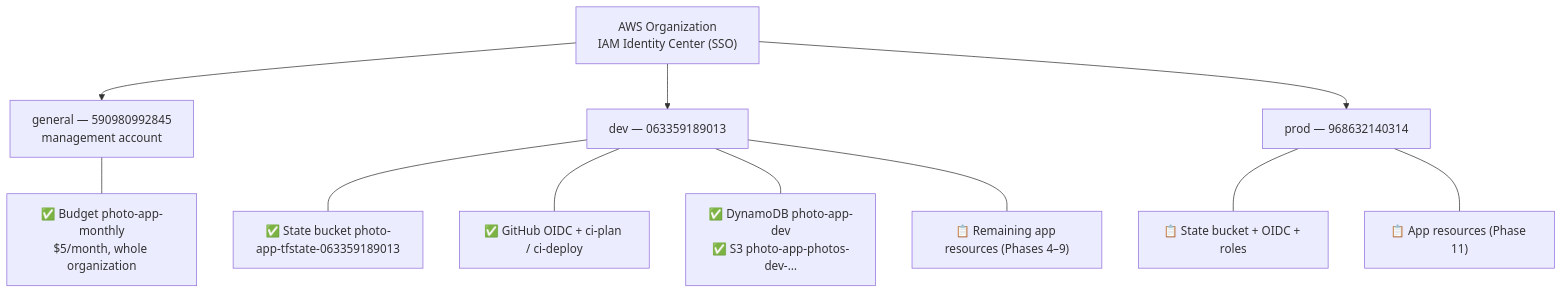
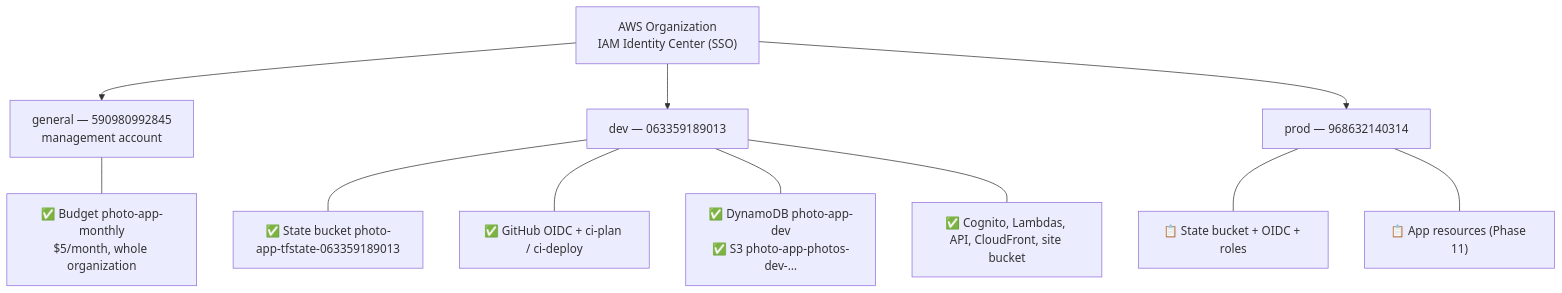
Before and after one commit to EdgarA28/Photo-app: the second of 7 diagrams in ARCHITECTURE.md, drawn with Mermaid. The commit also changed other lines of this file and 4 other files, not shown here.

````diff
--- a/ARCHITECTURE.md
+++ b/ARCHITECTURE.md
@@ -197,15 +197,15 @@
 ```mermaid
 flowchart TB
   ORG["AWS Organization<br/>IAM Identity Center (SSO)"]
   ORG --> MGMT["general — 590980992845<br/>management account"]
   ORG --> DEV["dev — 063359189013"]
   ORG --> PROD["prod — 968632140314"]
 
   MGMT --- B["✅ Budget photo-app-monthly<br/>$5/month, whole organization"]
   DEV --- DS["✅ State bucket photo-app-tfstate-063359189013"]
   DEV --- DO["✅ GitHub OIDC + ci-plan / ci-deploy"]
   DEV --- DD["✅ DynamoDB photo-app-dev<br/>✅ S3 photo-app-photos-dev-…"]
-  DEV --- DA["📋 Remaining app resources (Phases 4–9)"]
+  DEV --- DA["✅ Cognito, Lambdas, API, CloudFront, site bucket"]
   PROD --- PS["📋 State bucket + OIDC + roles"]
   PROD --- PA["📋 App resources (Phase 11)"]
 ```
````
